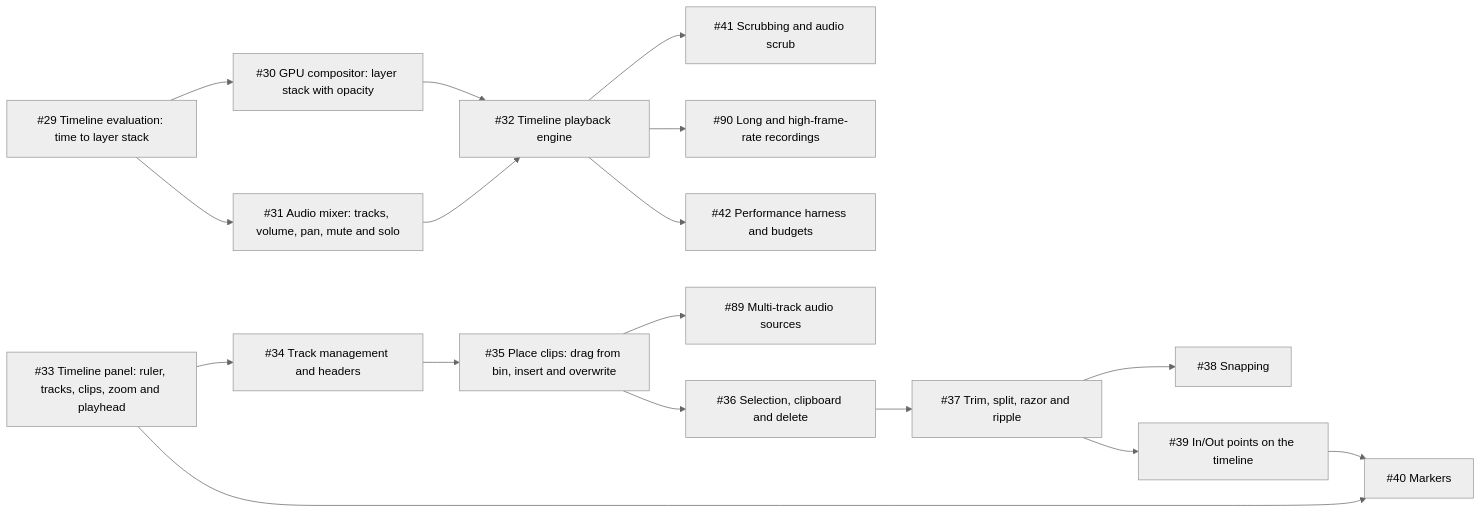
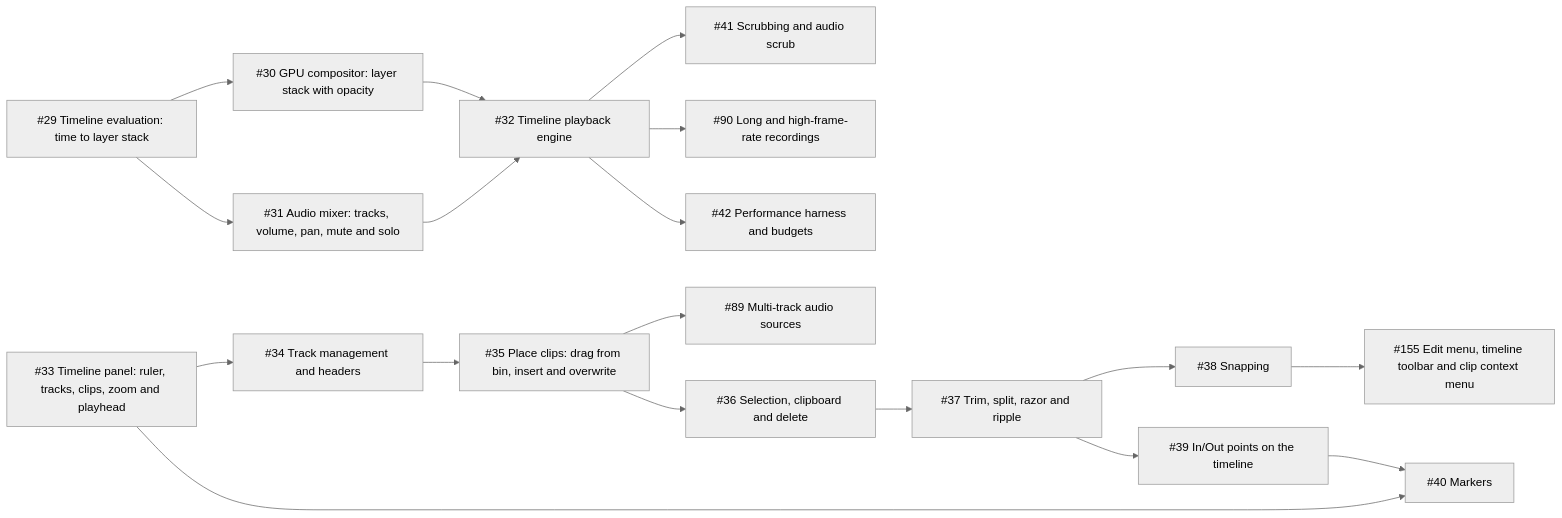
One commit to jarradbanks/jvid changed the third of 7 diagrams in docs/ROADMAP.md. Above: the diagram before and after it, drawn with Mermaid (neutral theme). The commit also changed other lines of this file and 2 other files, not shown here.

Commit message:
Roadmap: add edit menu, timeline toolbar and clip context menu (M2)

````diff
--- a/docs/ROADMAP.md
+++ b/docs/ROADMAP.md
@@ -164,35 +164,37 @@
 ```mermaid
 flowchart LR
   eval["#35;29 Timeline evaluation: time to layer stack"]
   compositor["#35;30 GPU compositor: layer stack with opacity"]
   mixer["#35;31 Audio mixer: tracks, volume, pan, mute and solo"]
   playback["#35;32 Timeline playback engine"]
   timeline_widget["#35;33 Timeline panel: ruler, tracks, clips, zoom and playhead"]
   tracks["#35;34 Track management and headers"]
   place_clips["#35;35 Place clips: drag from bin, insert and overwrite"]
   multi_audio["#35;89 Multi-track audio sources"]
   select_clipboard["#35;36 Selection, clipboard and delete"]
   trim_split["#35;37 Trim, split, razor and ripple"]
   snapping["#35;38 Snapping"]
+  edit_ui["#35;155 Edit menu, timeline toolbar and clip context menu"]
   in_out["#35;39 In/Out points on the timeline"]
   markers["#35;40 Markers"]
   scrub["#35;41 Scrubbing and audio scrub"]
   long_hfr["#35;90 Long and high-frame-rate recordings"]
   perf_harness["#35;42 Performance harness and budgets"]
   eval --> compositor
   eval --> mixer
   compositor --> playback
   mixer --> playback
   timeline_widget --> tracks
   tracks --> place_clips
   place_clips --> multi_audio
   place_clips --> select_clipboard
   select_clipboard --> trim_split
   trim_split --> snapping
+  snapping --> edit_ui
   trim_split --> in_out
   timeline_widget --> markers
   in_out --> markers
   playback --> scrub
   playback --> long_hfr
   playback --> perf_harness
 ```
````
